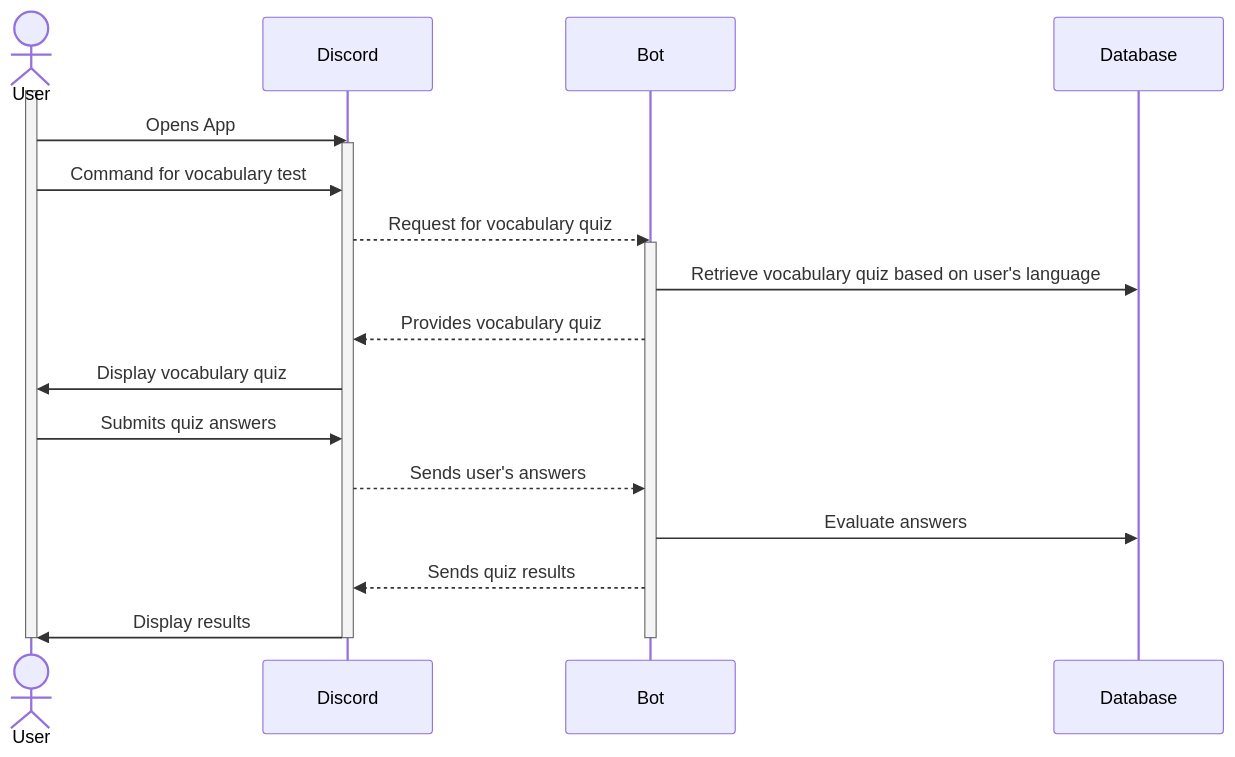
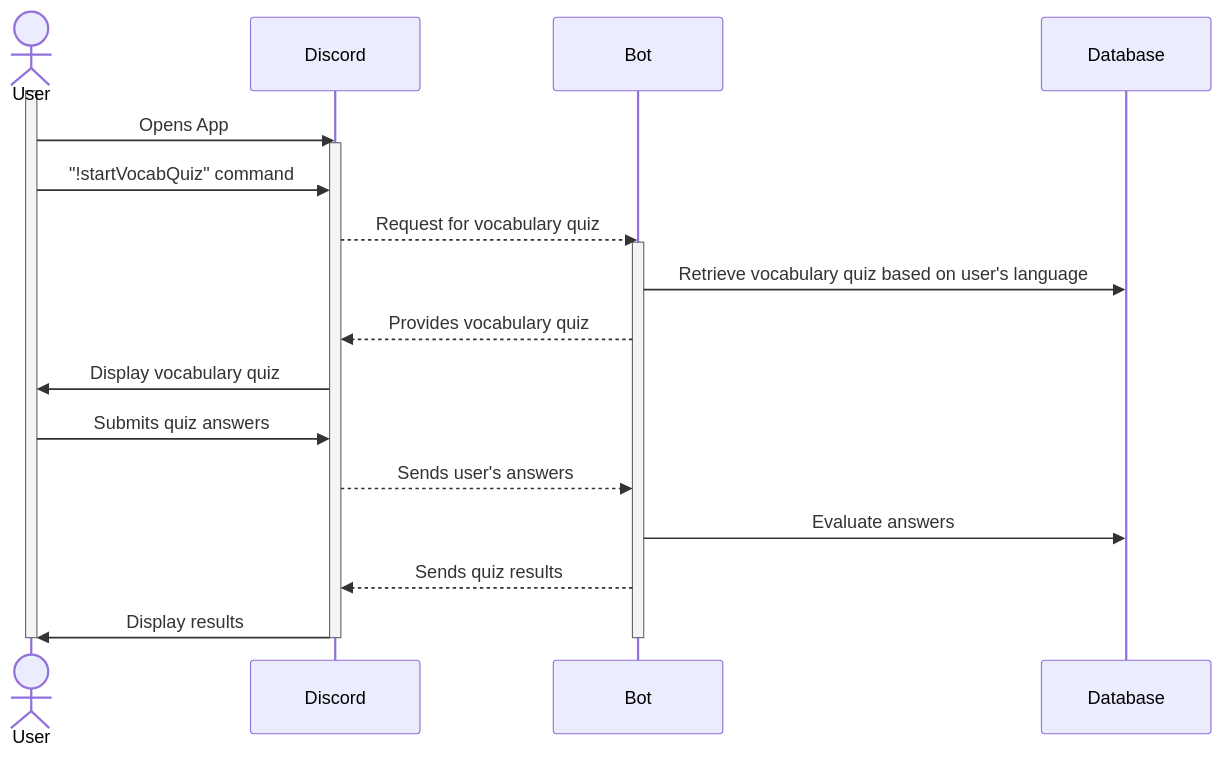
The second of 6 diagrams in documentation/docs/system-architecture/sequence-diagrams.md (Capstone-Projects-2023-Fall/project-language-learning-discord-bot), drawn with Mermaid before and after one commit. The commit also changed other lines of this file, not shown here.

First line of the commit message:
Update sequence-diagrams.md

````diff
--- a/documentation/docs/system-architecture/sequence-diagrams.md
+++ b/documentation/docs/system-architecture/sequence-diagrams.md
@@ -63,27 +53,27 @@
 ```mermaid
 sequenceDiagram
     actor U as User
     participant D as Discord
     participant B as Bot
     participant DB as Database
     
     activate U
 
     U->>D: Opens App
     activate D
-    U->>D: Command for vocabulary test
+    U->>D: "!startVocabQuiz" command
     D-->>B: Request for vocabulary quiz
     activate B
     B->>DB: Retrieve vocabulary quiz based on user's language
     B-->>D: Provides vocabulary quiz
     D->>U: Display vocabulary quiz
     U->>D: Submits quiz answers
     D-->>B: Sends user's answers
     B->>DB: Evaluate answers
     B-->>D: Sends quiz results
     D->>U: Display results
     deactivate B
     deactivate D
     deactivate U
 
 ```
````
